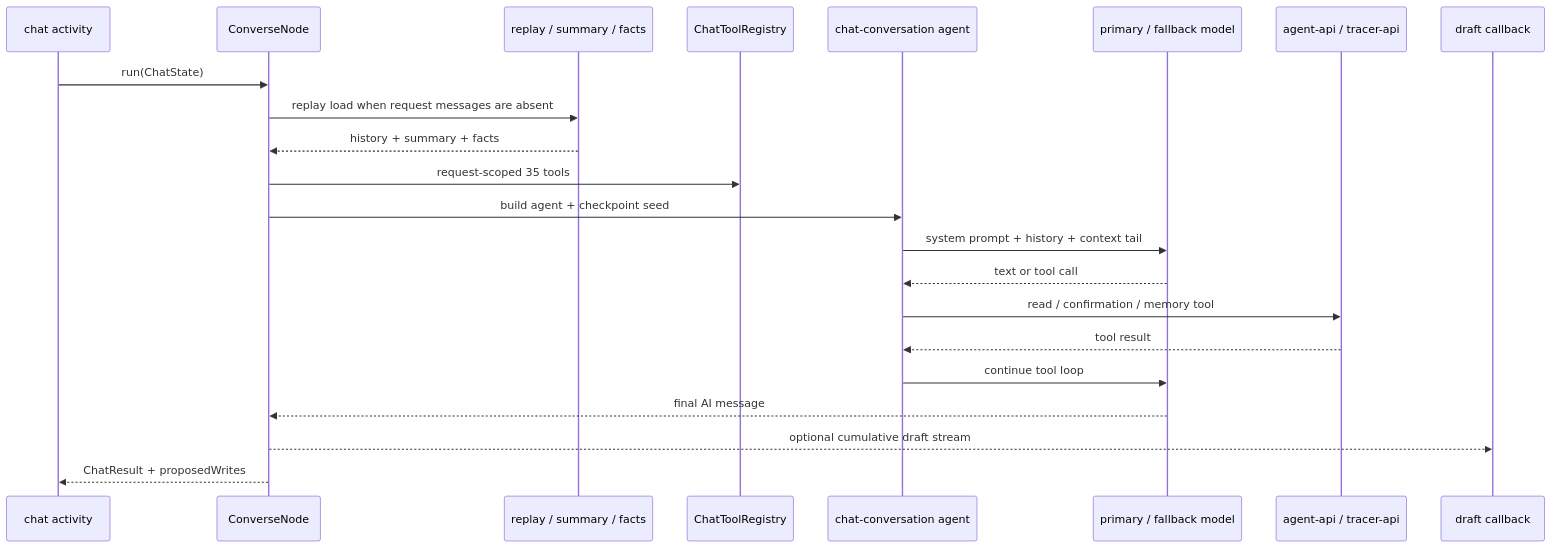
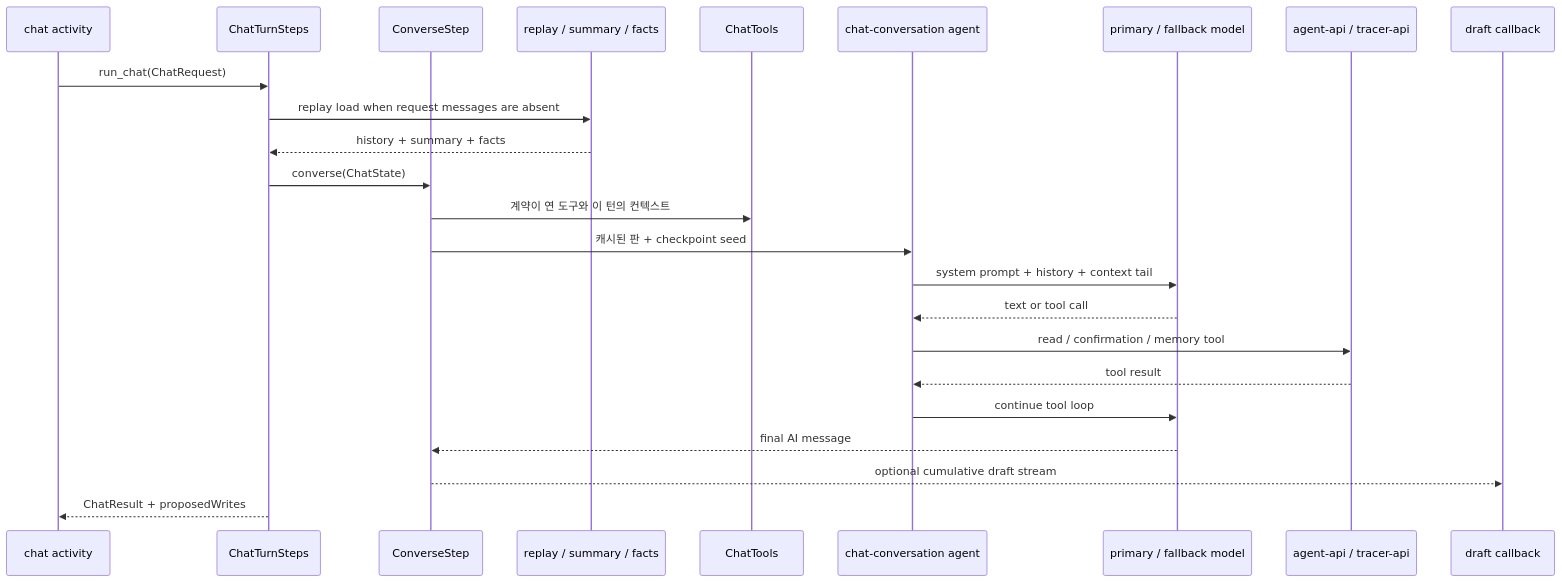
One commit to agent-tracer/tracer-agent-python changed the second of 7 diagrams in src/tracer_agent/worker/agents/chat/README.md. Above: the diagram before and after it, drawn with Mermaid. The commit also changed other lines of this file and 65 other files, not shown here.

````diff
--- a/src/tracer_agent/worker/agents/chat/README.md
+++ b/src/tracer_agent/worker/agents/chat/README.md
@@ -17,24 +19,26 @@
 ```mermaid
 sequenceDiagram
     participant A as chat activity
-    participant N as ConverseNode
+    participant T as ChatTurnSteps
+    participant N as ConverseStep
     participant C as replay / summary / facts
-    participant R as ChatToolRegistry
+    participant R as ChatTools
     participant G as chat-conversation agent
     participant M as primary / fallback model
     participant API as agent-api / tracer-api
     participant S as draft callback
-    A->>N: run(ChatState)
-    N->>C: replay load when request messages are absent
-    C-->>N: history + summary + facts
-    N->>R: request-scoped 35 tools
-    N->>G: build agent + checkpoint seed
+    A->>T: run_chat(ChatRequest)
+    T->>C: replay load when request messages are absent
+    C-->>T: history + summary + facts
+    T->>N: converse(ChatState)
+    N->>R: 계약이 연 도구와 이 턴의 컨텍스트
+    N->>G: 캐시된 판 + checkpoint seed
     G->>M: system prompt + history + context tail
     M-->>G: text or tool call
     G->>API: read / confirmation / memory tool
     API-->>G: tool result
     G->>M: continue tool loop
     M-->>N: final AI message
     N-->>S: optional cumulative draft stream
-    N-->>A: ChatResult + proposedWrites
+    T-->>A: ChatResult + proposedWrites
 ```
````
